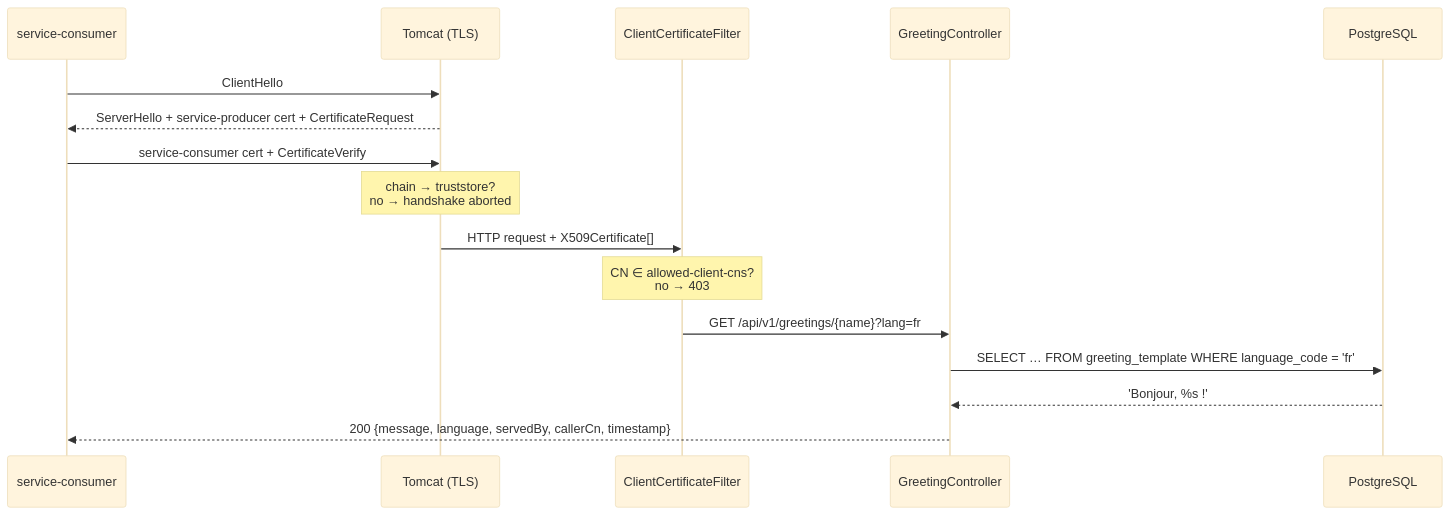
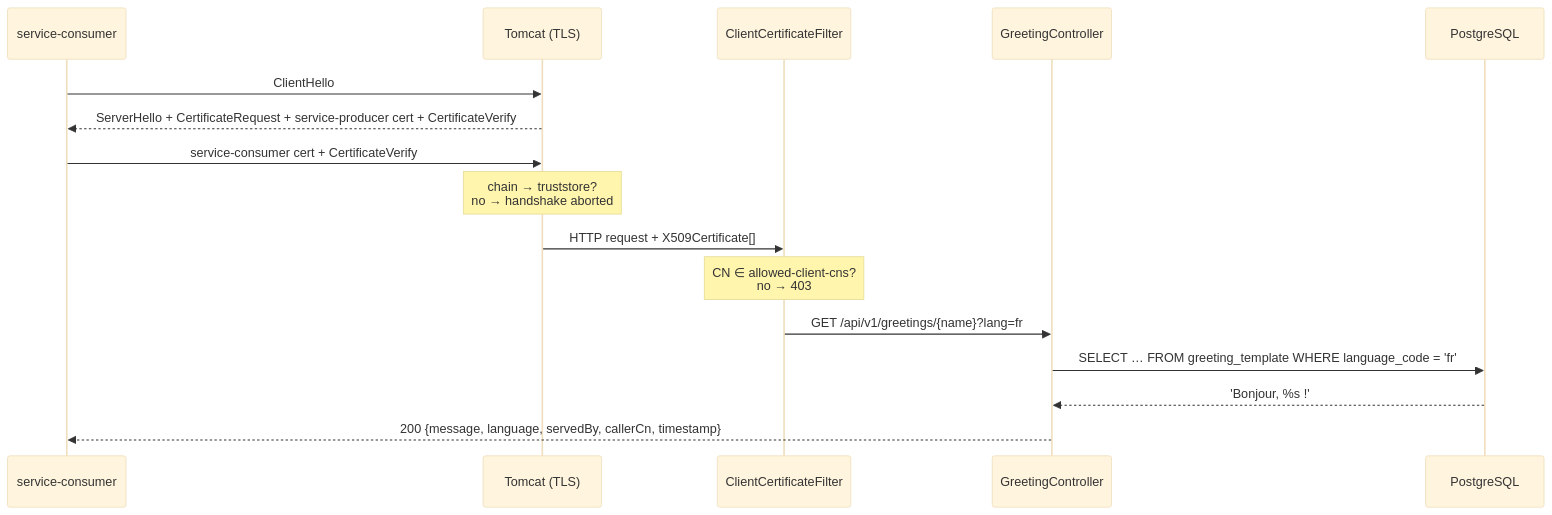
One commit to himnay/learning-mtls changed the first of 2 diagrams in service-producer/README.md. Above: the diagram before and after it, drawn with Mermaid (base theme). The commit also changed other lines of this file and 2 other files, not shown here.

````diff
--- a/service-producer/README.md
+++ b/service-producer/README.md
@@ -52,19 +52,19 @@
 ```mermaid
 sequenceDiagram
     participant C as service-consumer
     participant T as Tomcat (TLS)
     participant F as ClientCertificateFilter
     participant G as GreetingController
     participant DB as PostgreSQL
 
     C->>T: ClientHello
-    T-->>C: ServerHello + service-producer cert + CertificateRequest
+    T-->>C: ServerHello + CertificateRequest + service-producer cert + CertificateVerify
     C->>T: service-consumer cert + CertificateVerify
     Note over T: chain → truststore?<br/>no → handshake aborted
     T->>F: HTTP request + X509Certificate[]
     Note over F: CN ∈ allowed-client-cns?<br/>no → 403
     F->>G: GET /api/v1/greetings/{name}?lang=fr
     G->>DB: SELECT … FROM greeting_template WHERE language_code = 'fr'
     DB-->>G: 'Bonjour, %s !'
     G-->>C: 200 {message, language, servedBy, callerCn, timestamp}
 ```
````
